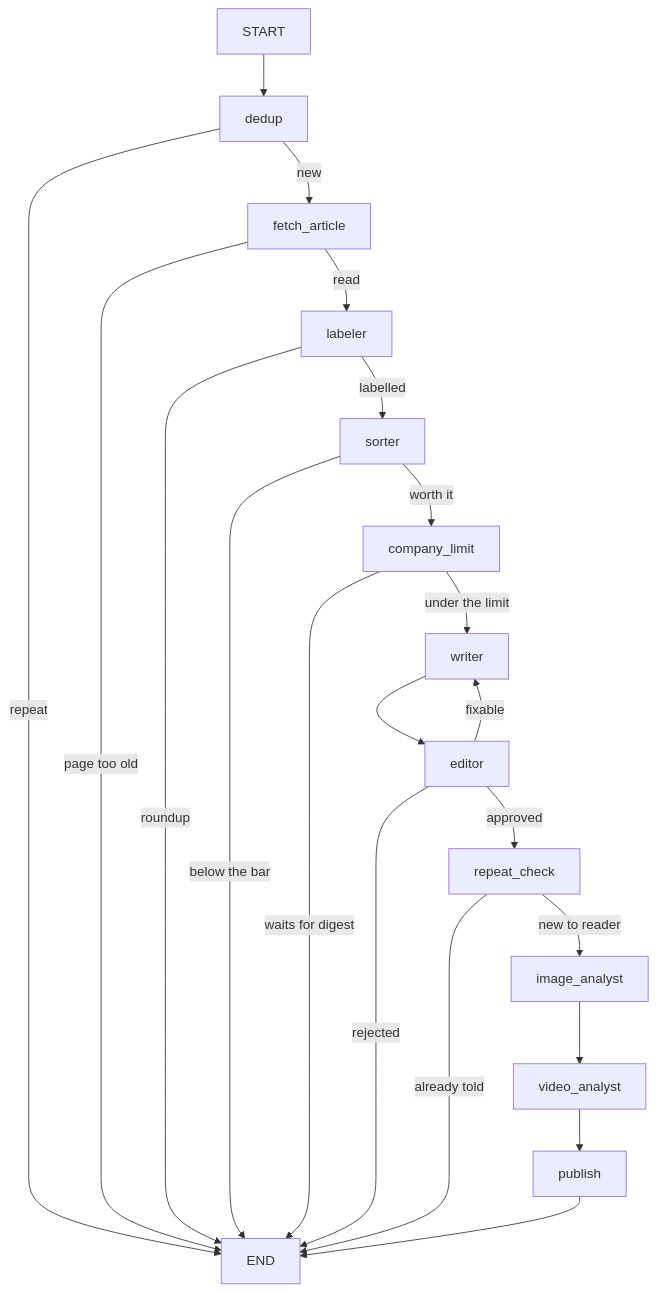
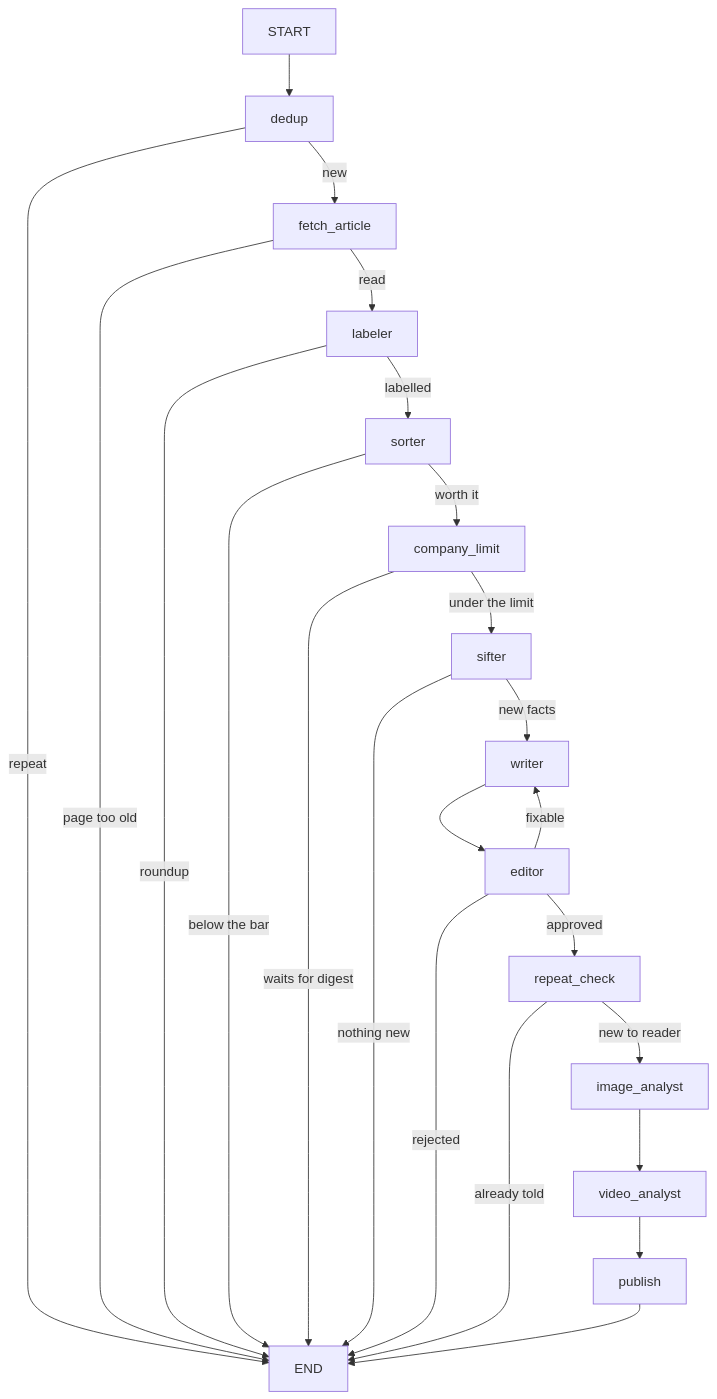
Before and after one commit to nik-ti/aif-channel: the diagram in README.md, drawn with Mermaid. The commit also changed other lines of this file and 32 other files, not shown here.

````diff
--- a/README.md
+++ b/README.md
@@ -24,23 +24,25 @@
 ```mermaid
 graph TD
     START --> dedup
     dedup -->|repeat| END
     dedup -->|new| fetch_article
     fetch_article -->|page too old| END
     fetch_article -->|read| labeler
     labeler -->|roundup| END
     labeler -->|labelled| sorter
     sorter -->|below the bar| END
     sorter -->|worth it| company_limit
     company_limit -->|waits for digest| END
-    company_limit -->|under the limit| writer
+    company_limit -->|under the limit| sifter
+    sifter -->|nothing new| END
+    sifter -->|new facts| writer
     writer --> editor
     editor -->|fixable| writer
     editor -->|rejected| END
     editor -->|approved| repeat_check
     repeat_check -->|already told| END
     repeat_check -->|new to reader| image_analyst
     image_analyst --> video_analyst
     video_analyst --> publish
     publish --> END
 ```
````
